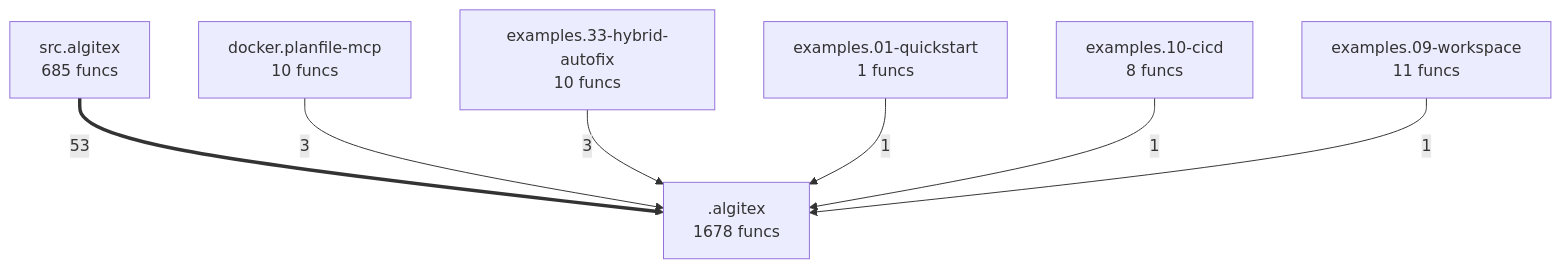
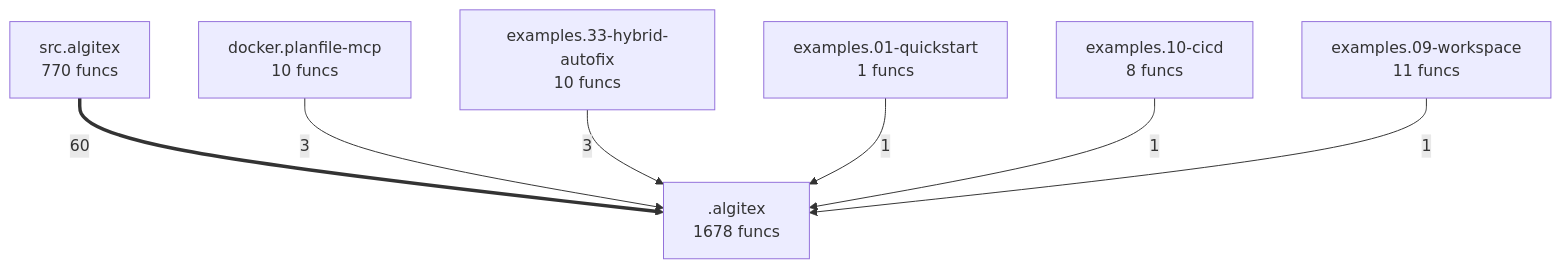
The diagram in project/compact_flow.mmd (semcod/algitex), drawn with Mermaid before and after one commit. The commit also changed 24 other files, not shown here.

```diff
--- a/project/compact_flow.mmd
+++ b/project/compact_flow.mmd
@@ -1,14 +1,14 @@
 flowchart TD
     M___algitex[".algitex<br/>1678 funcs"]
     docker__planfile_mcp["docker.planfile-mcp<br/>10 funcs"]
     examples__01_quickstart["examples.01-quickstart<br/>1 funcs"]
     examples__09_workspace["examples.09-workspace<br/>11 funcs"]
     examples__10_cicd["examples.10-cicd<br/>8 funcs"]
     examples__33_hybrid_autofix["examples.33-hybrid-autofix<br/>10 funcs"]
-    src__algitex["src.algitex<br/>685 funcs"]
-    src__algitex ==>|53| M___algitex
+    src__algitex["src.algitex<br/>770 funcs"]
+    src__algitex ==>|60| M___algitex
     docker__planfile_mcp -->|3| M___algitex
     examples__33_hybrid_autofix -->|3| M___algitex
     examples__01_quickstart -->|1| M___algitex
     examples__10_cicd -->|1| M___algitex
     examples__09_workspace -->|1| M___algitex
```
